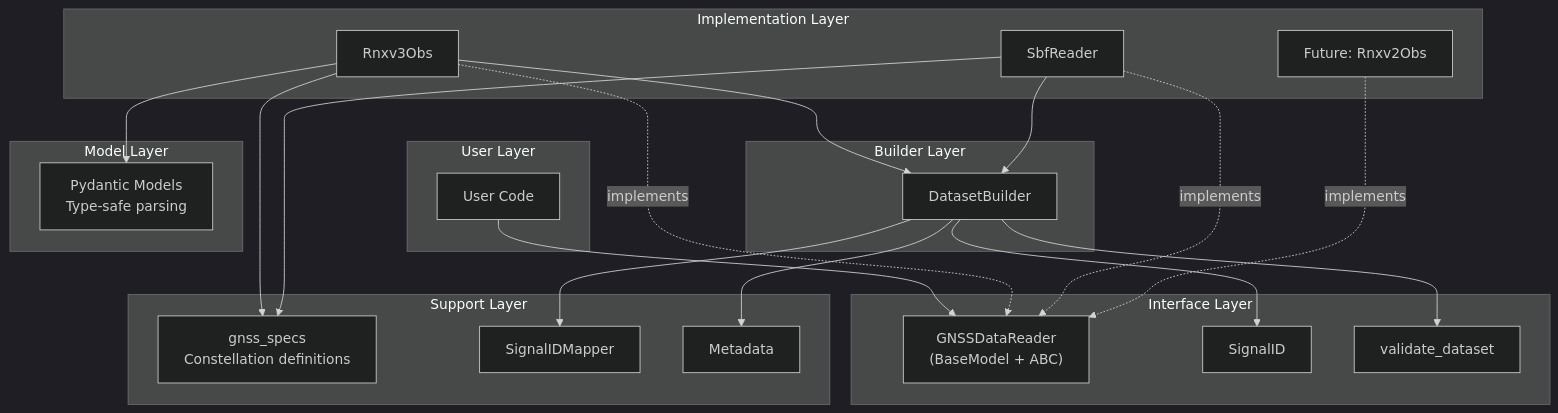
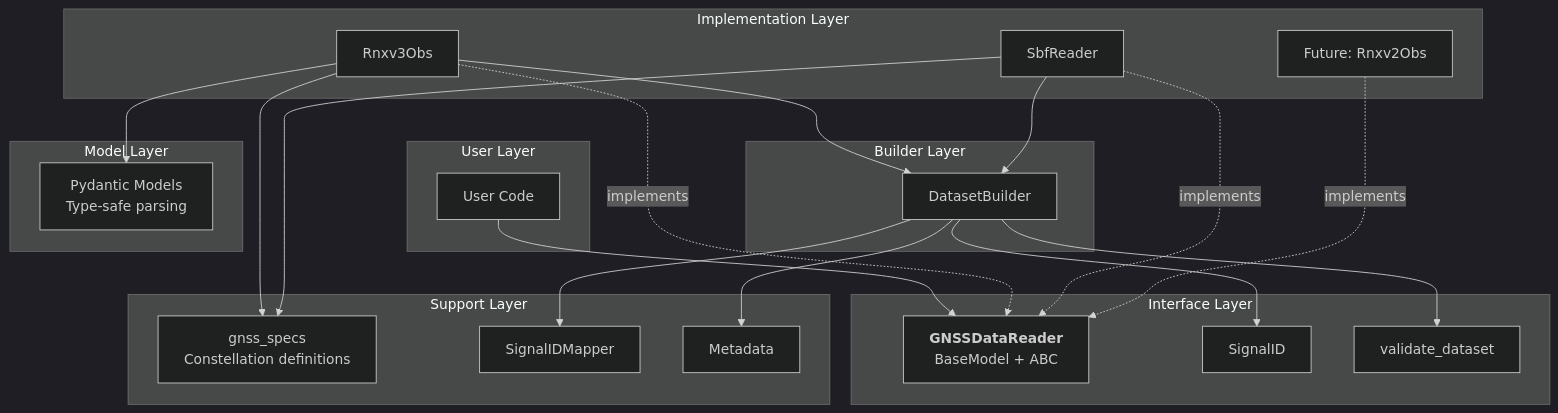
One commit to konstantinschellenberg/canvodpy changed the first of 2 diagrams in docs/packages/readers/architecture.md. Above: the diagram before and after it, drawn with Mermaid (dark theme). The commit also changed 38 other files, not shown here.

````diff
--- a/docs/packages/readers/architecture.md
+++ b/docs/packages/readers/architecture.md
@@ -163,49 +163,50 @@
 ```mermaid
 graph TB
     subgraph "User Layer"
         A[User Code]
     end
 
     subgraph "Interface Layer"
-        B["GNSSDataReader\n(BaseModel + ABC)"]
+        B["`**GNSSDataReader**
+        BaseModel + ABC`"]
         B2[SignalID]
         C[validate_dataset]
     end
 
     subgraph "Builder Layer"
         BLD[DatasetBuilder]
     end
 
     subgraph "Implementation Layer"
         D[Rnxv3Obs]
         D2[SbfReader]
         E[Future: Rnxv2Obs]
     end
 
     subgraph "Support Layer"
         G[gnss_specs<br/>Constellation definitions]
         H[SignalIDMapper]
         I[Metadata]
     end
 
     subgraph "Model Layer"
         J[Pydantic Models<br/>Type-safe parsing]
     end
 
     A --> B
     D -.implements.-> B
     D2 -.implements.-> B
     E -.implements.-> B
 
     D --> BLD
     D2 --> BLD
     BLD --> B2
     BLD --> H
     BLD --> I
     BLD --> C
 
     D --> J
     D --> G
     D2 --> G
 
 ```
````
